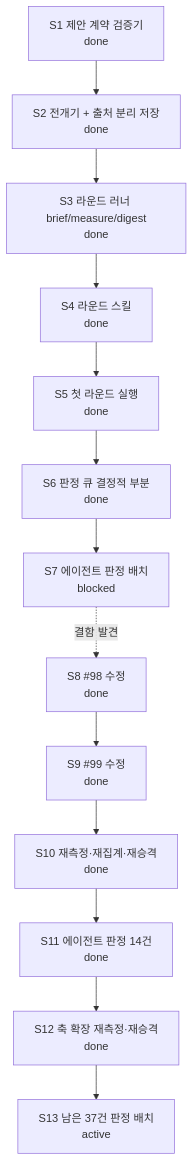
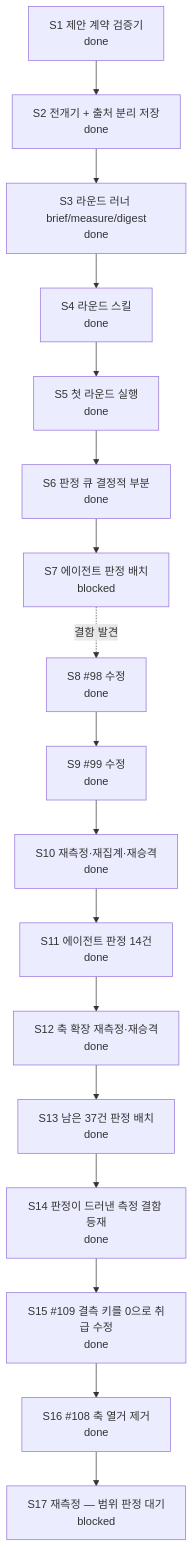
The diagram in docs/CURRENT-PLAN.md (skerfolg/poe2-ai-wiki), drawn with Mermaid before and after one commit. The commit also changed other lines of this file and 6 other files, not shown here.

````diff
--- a/docs/CURRENT-PLAN.md
+++ b/docs/CURRENT-PLAN.md
@@ -23,18 +23,23 @@
 ```mermaid
 flowchart TD
   CONTRACT[S1 제안 계약 검증기<br/>done]
   FLOW[S2 전개기 + 출처 분리 저장<br/>done]
   ROUND[S3 라운드 러너 brief/measure/digest<br/>done]
   SKILL[S4 라운드 스킬<br/>done]
   FIRST[S5 첫 라운드 실행<br/>done]
   NECESS[S6 판정 큐 결정적 부분<br/>done]
   JUDGE[S7 에이전트 판정 배치<br/>blocked]
   FIX[S8 #98 수정<br/>done]
   REMEAS[S9 #99 수정<br/>done]
   REAGG[S10 재측정·재집계·재승격<br/>done]
   RESUME[S11 에이전트 판정 14건<br/>done]
   AXES[S12 축 확장 재측정·재승격<br/>done]
-  NEXT2[S13 남은 37건 판정 배치<br/>active]
+  NEXT2[S13 남은 37건 판정 배치<br/>done]
+  DEF[S14 판정이 드러낸 측정 결함 등재<br/>done]
+  FIXDELTA[S15 #109 결측 키를 0으로 취급 수정<br/>done]
+  WIDEN[S16 #108 축 열거 제거<br/>done]
+  REMEAS2[S17 재측정 — 범위 판정 대기<br/>blocked]
   CONTRACT --> FLOW --> ROUND --> SKILL --> FIRST --> NECESS --> JUDGE
   JUDGE -. 결함 발견 .-> FIX --> REMEAS --> REAGG --> RESUME --> AXES --> NEXT2
+  NEXT2 --> DEF --> FIXDELTA --> WIDEN --> REMEAS2
 ```
````
